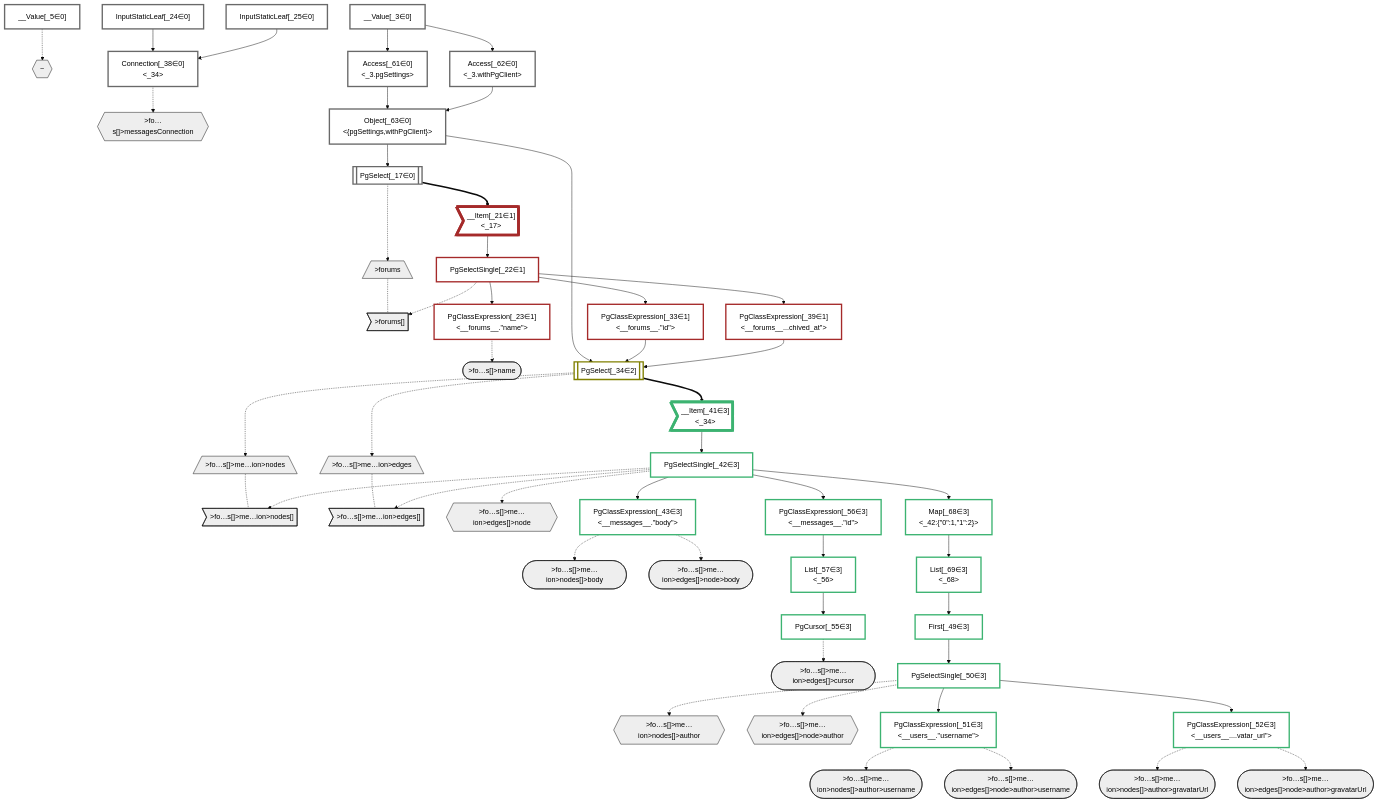
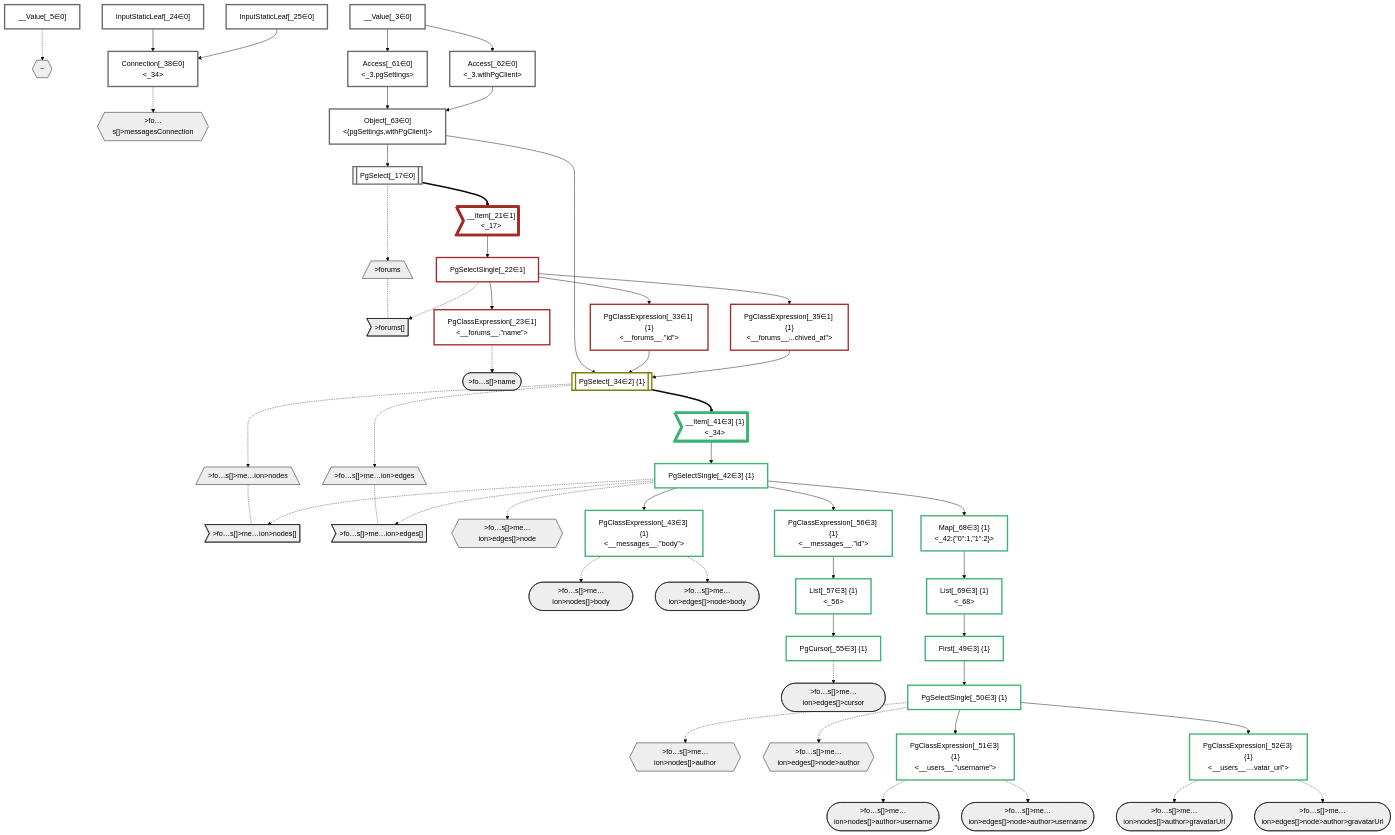
Before and after one commit to graphile/crystal: the diagram in packages/dataplan-pg/__tests__/queries/conditions/archived-forum-inherited-messages.defer-2.mermaid.md, drawn with Mermaid (base theme). The commit also changed 46 other files, not shown here.

Commit message:
Add groupIds to plan graphs

```diff
--- a/packages/dataplan-pg/__tests__/queries/conditions/archived-forum-inherited-messages.defer-2.mermaid.md
+++ b/packages/dataplan-pg/__tests__/queries/conditions/archived-forum-inherited-messages.defer-2.mermaid.md
@@ -54,25 +54,25 @@
     PgClassExpression_23["PgClassExpression[_23∈1]<br /><__forums__.#quot;name#quot;>"]:::plan
     InputStaticLeaf_24["InputStaticLeaf[_24∈0]"]:::plan
     InputStaticLeaf_25["InputStaticLeaf[_25∈0]"]:::plan
-    PgClassExpression_33["PgClassExpression[_33∈1]<br /><__forums__.#quot;id#quot;>"]:::plan
-    PgSelect_34[["PgSelect[_34∈2]<br /><messages>"]]:::plan
+    PgClassExpression_33["PgClassExpression[_33∈1] {1}<br /><__forums__.#quot;id#quot;>"]:::plan
+    PgSelect_34[["PgSelect[_34∈2] {1}<br /><messages>"]]:::plan
     Connection_38["Connection[_38∈0]<br /><_34>"]:::plan
-    PgClassExpression_39["PgClassExpression[_39∈1]<br /><__forums__...chived_at#quot;>"]:::plan
-    __Item_41>"__Item[_41∈3]<br /><_34>"]:::itemplan
-    PgSelectSingle_42["PgSelectSingle[_42∈3]<br /><messages>"]:::plan
-    PgClassExpression_43["PgClassExpression[_43∈3]<br /><__messages__.#quot;body#quot;>"]:::plan
-    First_49["First[_49∈3]"]:::plan
-    PgSelectSingle_50["PgSelectSingle[_50∈3]<br /><users>"]:::plan
-    PgClassExpression_51["PgClassExpression[_51∈3]<br /><__users__.#quot;username#quot;>"]:::plan
-    PgClassExpression_52["PgClassExpression[_52∈3]<br /><__users__....vatar_url#quot;>"]:::plan
-    PgCursor_55["PgCursor[_55∈3]"]:::plan
-    PgClassExpression_56["PgClassExpression[_56∈3]<br /><__messages__.#quot;id#quot;>"]:::plan
-    List_57["List[_57∈3]<br /><_56>"]:::plan
+    PgClassExpression_39["PgClassExpression[_39∈1] {1}<br /><__forums__...chived_at#quot;>"]:::plan
+    __Item_41>"__Item[_41∈3] {1}<br /><_34>"]:::itemplan
+    PgSelectSingle_42["PgSelectSingle[_42∈3] {1}<br /><messages>"]:::plan
+    PgClassExpression_43["PgClassExpression[_43∈3] {1}<br /><__messages__.#quot;body#quot;>"]:::plan
+    First_49["First[_49∈3] {1}"]:::plan
+    PgSelectSingle_50["PgSelectSingle[_50∈3] {1}<br /><users>"]:::plan
+    PgClassExpression_51["PgClassExpression[_51∈3] {1}<br /><__users__.#quot;username#quot;>"]:::plan
+    PgClassExpression_52["PgClassExpression[_52∈3] {1}<br /><__users__....vatar_url#quot;>"]:::plan
+    PgCursor_55["PgCursor[_55∈3] {1}"]:::plan
+    PgClassExpression_56["PgClassExpression[_56∈3] {1}<br /><__messages__.#quot;id#quot;>"]:::plan
+    List_57["List[_57∈3] {1}<br /><_56>"]:::plan
     Access_61["Access[_61∈0]<br /><_3.pgSettings>"]:::plan
     Access_62["Access[_62∈0]<br /><_3.withPgClient>"]:::plan
     Object_63["Object[_63∈0]<br /><{pgSettings,withPgClient}>"]:::plan
-    Map_68["Map[_68∈3]<br /><_42:{#quot;0#quot;:1,#quot;1#quot;:2}>"]:::plan
-    List_69["List[_69∈3]<br /><_68>"]:::plan
+    Map_68["Map[_68∈3] {1}<br /><_42:{#quot;0#quot;:1,#quot;1#quot;:2}>"]:::plan
+    List_69["List[_69∈3] {1}<br /><_68>"]:::plan
 
     %% plan dependencies
     Object_63 --> PgSelect_17
```
